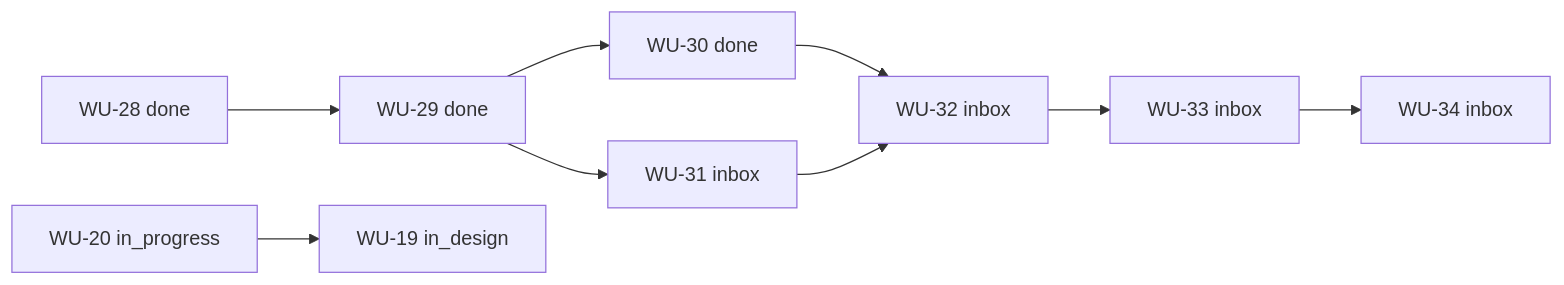
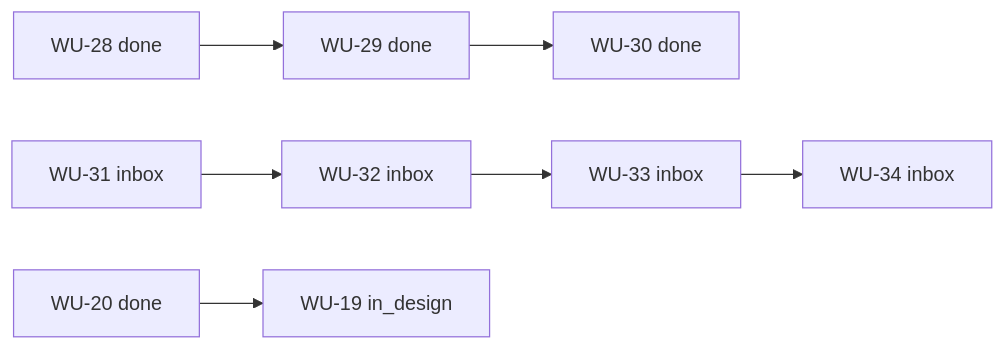
One commit to michi-guns/greek-essence changed the diagram in docs/working/work-program/SEQUENCE.md. Above: the diagram before and after it, drawn with Mermaid. The commit also changed other lines of this file and 3 other files, not shown here.

````diff
--- a/docs/working/work-program/SEQUENCE.md
+++ b/docs/working/work-program/SEQUENCE.md
@@ -161,11 +152,9 @@
 ```mermaid
 flowchart LR
   WU28[WU-28 done] --> WU29[WU-29 done]
   WU29 --> WU30[WU-30 done]
-  WU29 --> WU31[WU-31 inbox]
-  WU30 --> WU32[WU-32 inbox]
-  WU31 --> WU32
+  WU31[WU-31 inbox] --> WU32[WU-32 inbox]
   WU32 --> WU33[WU-33 inbox]
   WU33 --> WU34[WU-34 inbox]
-  WU20[WU-20 in_progress] --> WU19[WU-19 in_design]
+  WU20[WU-20 done] --> WU19[WU-19 in_design]
 ```
````
